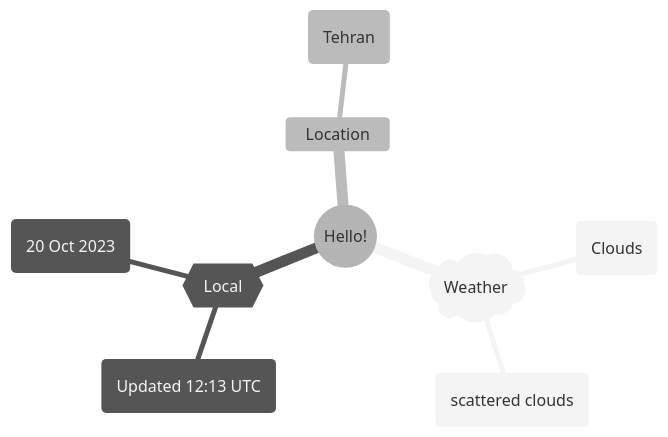
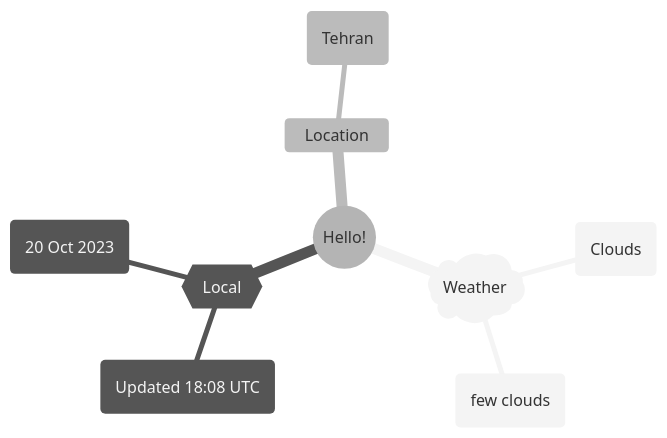
One commit to Xosrov/Xosrov changed the first of 2 diagrams in README.md. Above: the diagram before and after it, drawn with Mermaid (neutral theme).

Commit message:
[bot] updated images

````diff
--- a/README.md
+++ b/README.md
@@ -3,12 +3,12 @@
 ```mermaid
 mindmap
   root((Hello!))
     )Weather(
         (Clouds)
-        (scattered clouds)
+        (few clouds)
     {{Local}}
-        (Updated 12:13 UTC)
+        (Updated 18:08 UTC)
         (20 Oct 2023)
     Location
         (Tehran)
 ```
````
